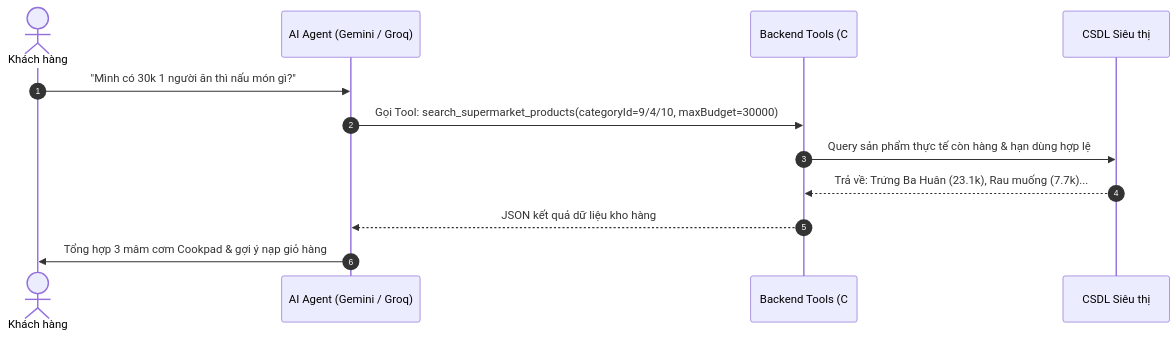
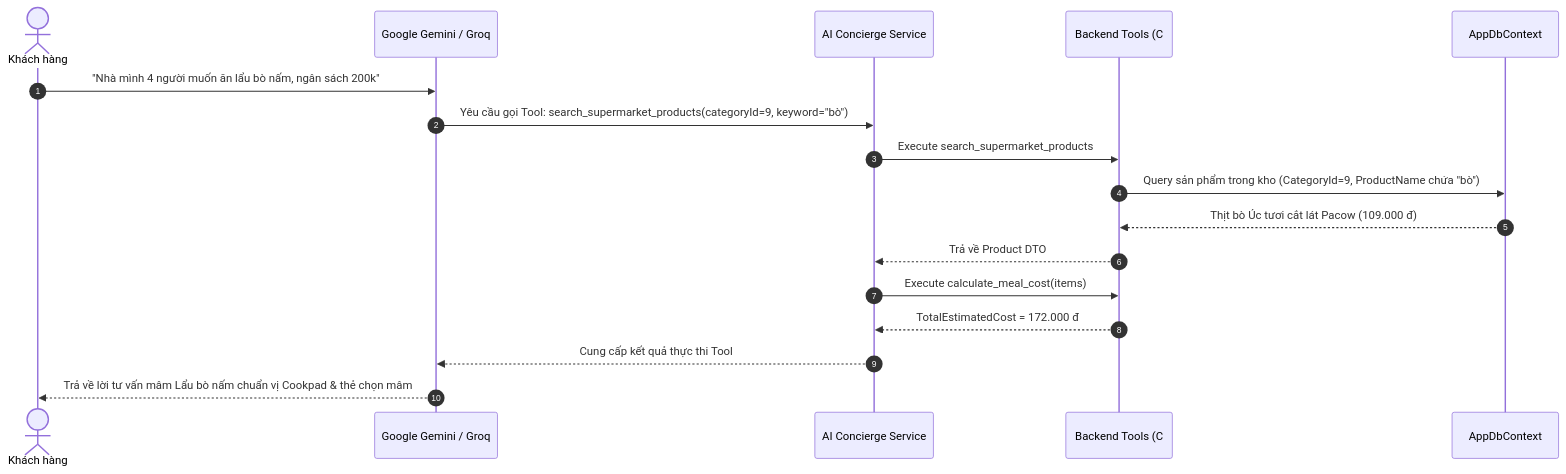
Before and after one commit to huykhang666/smart-supermarket: the diagram in docs/10_AI/03_Tool_Calling.md, drawn with Mermaid. The commit also changed other lines of this file and 10 other files, not shown here.

````diff
--- a/docs/10_AI/03_Tool_Calling.md
+++ b/docs/10_AI/03_Tool_Calling.md
@@ -22,15 +23,20 @@
 ```mermaid
 sequenceDiagram
     autonumber
     actor User as Khách hàng
-    participant Agent as AI Agent (Gemini / Groq)
-    participant Tool as Backend Tools (C# Service)
-    participant DB as CSDL Siêu thị
+    participant LLM as Google Gemini / Groq
+    participant Orchestrator as AI Concierge Service
+    participant Tool as Backend Tools (C#)
+    participant DB as AppDbContext
 
-    User->>Agent: "Mình có 30k 1 người ăn thì nấu món gì?"
-    Agent->>Tool: Gọi Tool: search_supermarket_products(categoryId=9/4/10, maxBudget=30000)
-    Tool->>DB: Query sản phẩm thực tế còn hàng & hạn dùng hợp lệ
-    DB-->>Tool: Trả về: Trứng Ba Huân (23.1k), Rau muống (7.7k)...
-    Tool-->>Agent: JSON kết quả dữ liệu kho hàng
-    Agent->>User: Tổng hợp 3 mâm cơm Cookpad & gợi ý nạp giỏ hàng
+    User->>LLM: "Nhà mình 4 người muốn ăn lẩu bò nấm, ngân sách 200k"
+    LLM->>Orchestrator: Yêu cầu gọi Tool: search_supermarket_products(categoryId=9, keyword="bò")
+    Orchestrator->>Tool: Execute search_supermarket_products
+    Tool->>DB: Query sản phẩm trong kho (CategoryId=9, ProductName chứa "bò")
+    DB-->>Tool: Thịt bò Úc tươi cắt lát Pacow (109.000 đ)
+    Tool-->>Orchestrator: Trả về Product DTO
+    Orchestrator->>Tool: Execute calculate_meal_cost(items)
+    Tool-->>Orchestrator: TotalEstimatedCost = 172.000 đ
+    Orchestrator-->>LLM: Cung cấp kết quả thực thi Tool
+    LLM-->>User: Trả về lời tư vấn mâm Lẩu bò nấm chuẩn vị Cookpad & thẻ chọn mâm
 ```
````
